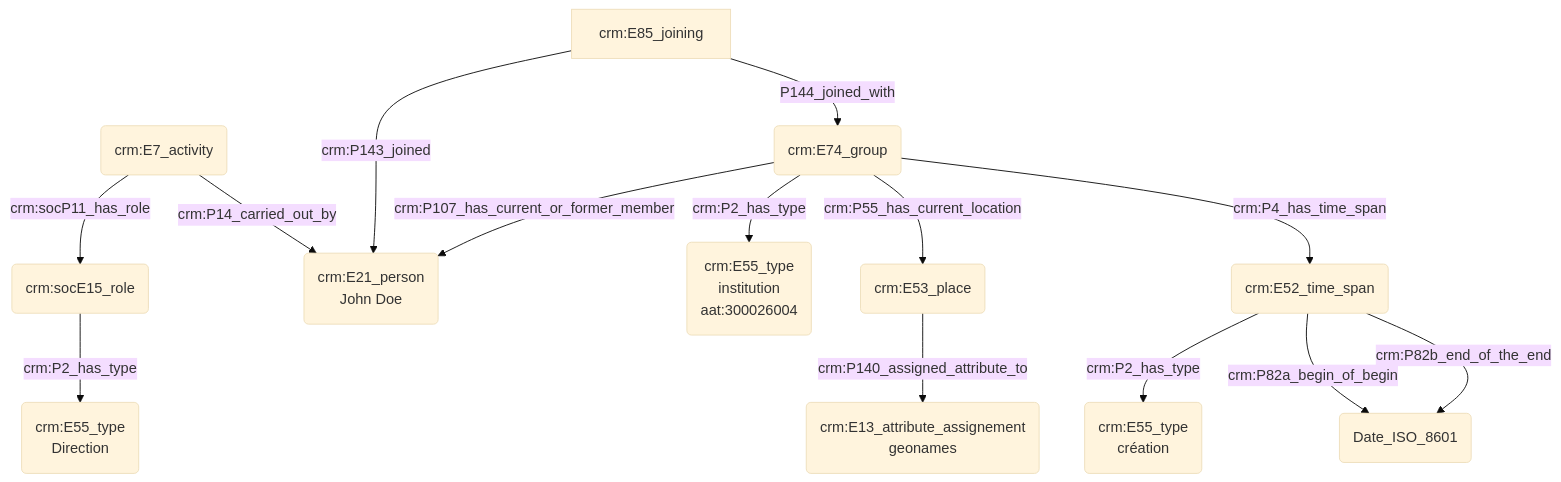
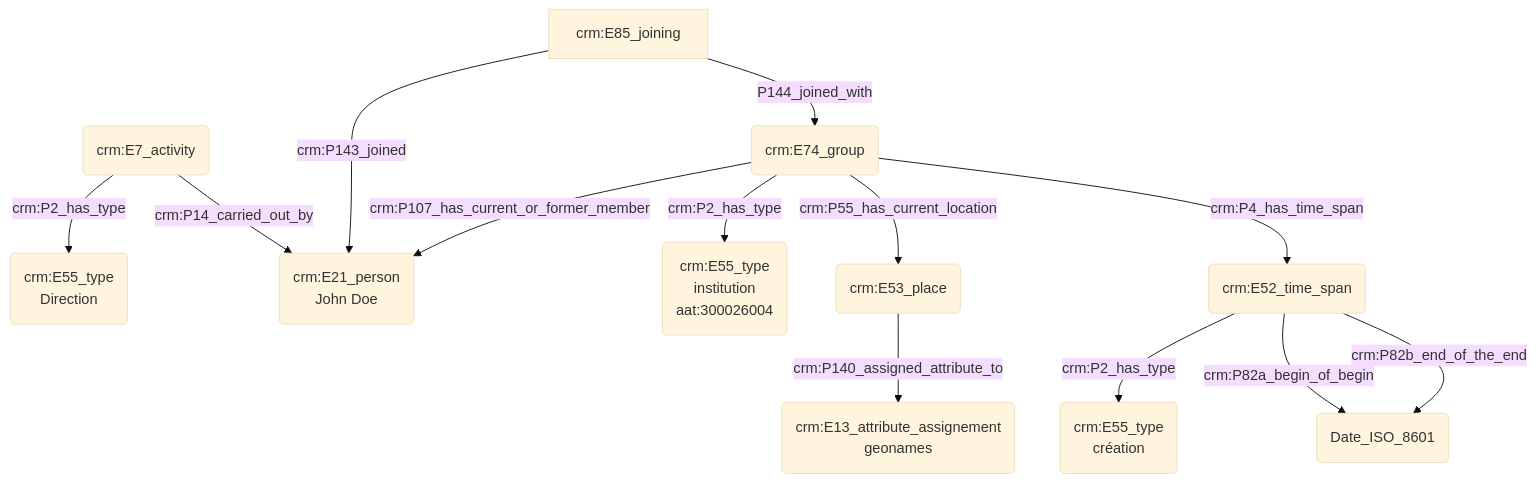
The diagram in modules/livrables/Dossier 2/Prosopographie/statut ou rôle au sein d'une institution.md (Amleth/consortium-musica2-gt2-ontologies), drawn with Mermaid (base theme) before and after one commit.

Commit message:
Update statut ou rôle au sein d'une institution.md

````diff
--- a/modules/livrables/Dossier 2/Prosopographie/statut ou rôle au sein d'une institution.md
+++ b/modules/livrables/Dossier 2/Prosopographie/statut ou rôle au sein d'une institution.md
@@ -11,20 +11,19 @@
 ```mermaid
 graph TD;
 
-H(crm:E7_activity) --> |crm:socP11_has_role| J(crm:socE15_role)
-J(crm:socE15_role) -->|crm:P2_has_type| I(crm:E55_type<br>Direction)
+H(crm:E7_activity) --> |crm:P2_has_type| I(crm:E55_type<br>Direction)
 H(crm:E7_activity) --> |crm:P14_carried_out_by| K(crm:E21_person<br>John Doe)
 
 L[crm:E85_joining] -->|crm:P143_joined| K(crm:E21_person<br>John Doe)
 M(crm:E74_group) --> |crm:P107_has_current_or_former_member| K(crm:E21_person<br>John Doe)
 L[crm:E85_joining] --> |P144_joined_with| M(crm:E74_group)
 
 M(crm:E74_group) -->|crm:P2_has_type| N(crm:E55_type<br>institution<br>aat:300026004)
 M(crm:E74_group) -->|crm:P55_has_current_location| O(crm:E53_place)
 O(crm:E53_place) -->|crm:P140_assigned_attribute_to| P(crm:E13_attribute_assignement<br>geonames)
 M(crm:E74_group) -->|crm:P4_has_time_span| R(crm:E52_time_span)
 R(crm:E52_time_span) -->|crm:P2_has_type| T(crm:E55_type<br>création)
 R(crm:E52_time_span) -->|crm:P82a_begin_of_begin| S(Date_ISO_8601)
 R(crm:E52_time_span) -->|crm:P82b_end_of_the_end| S(Date_ISO_8601)
 
 ```
````
